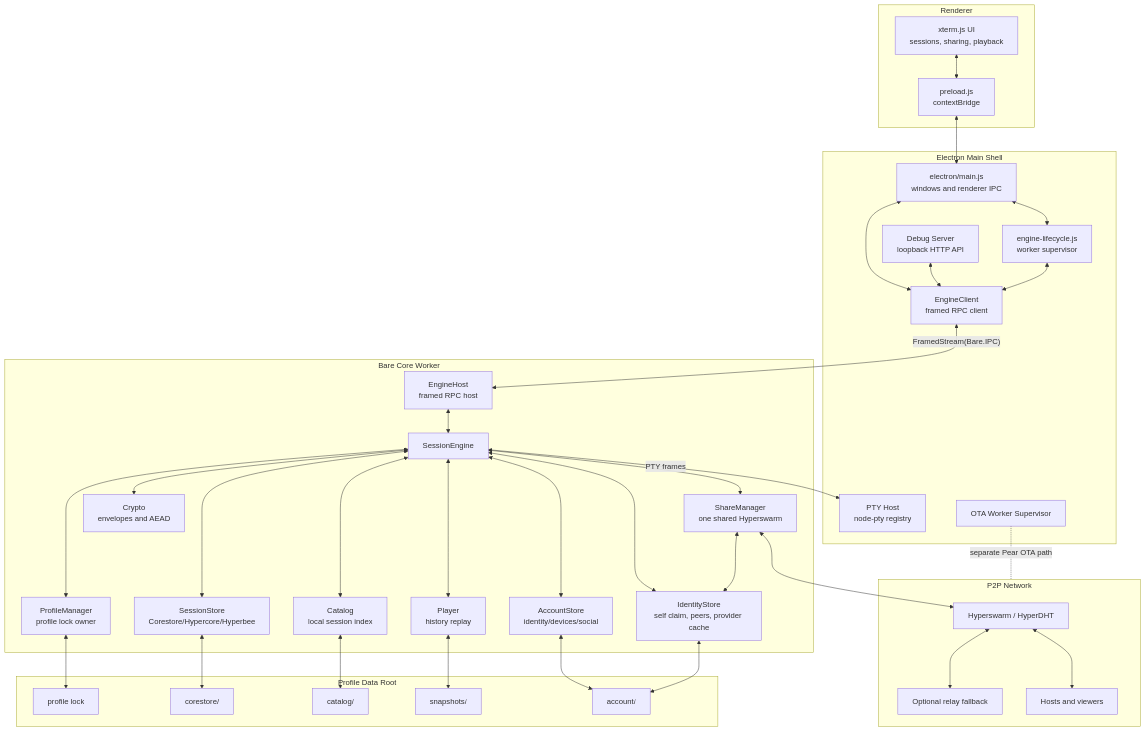
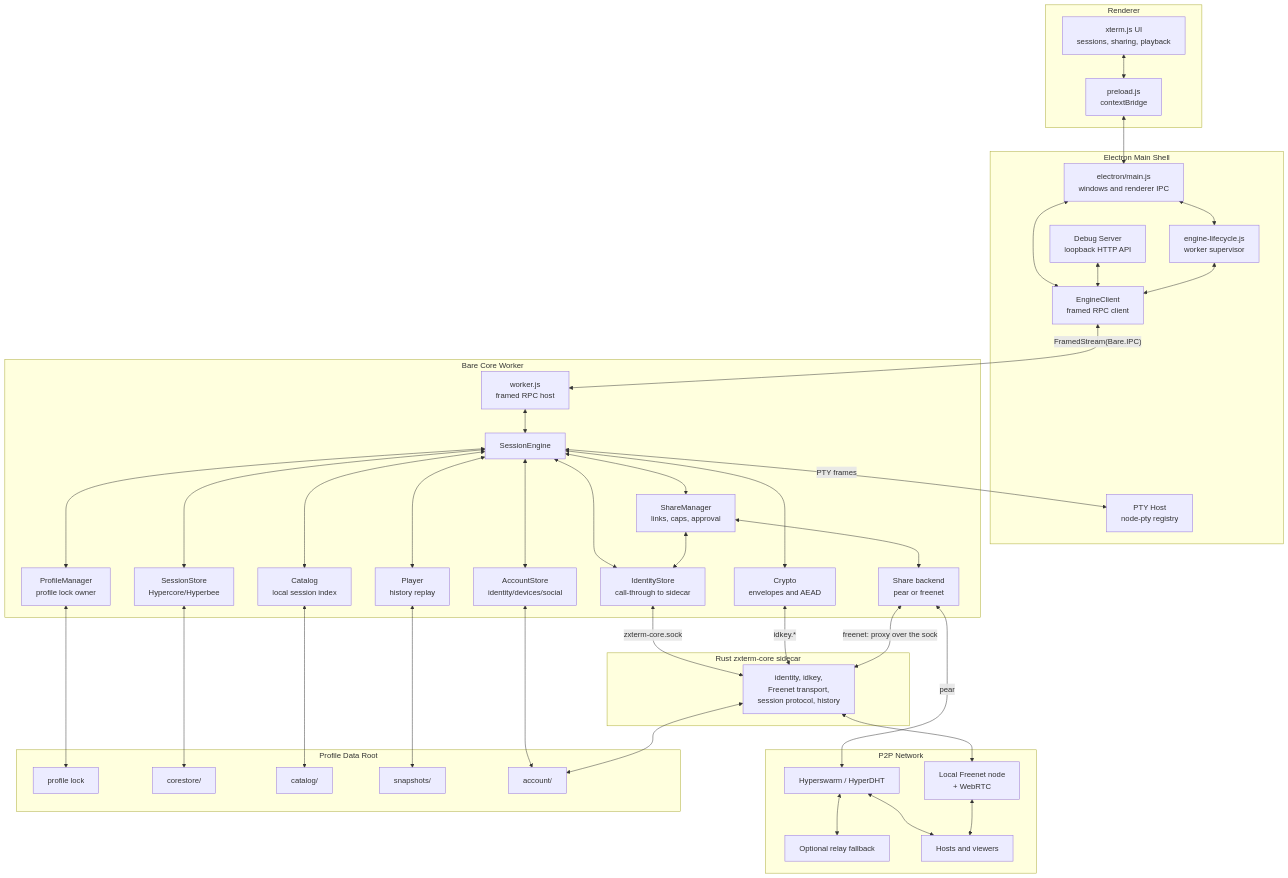
One commit to zevix/zbterm changed the first of 19 diagrams in docs/ARCHITECTURE.md. Above: the diagram before and after it, drawn with Mermaid. The commit also changed other lines of this file and 85 other files, not shown here.

````diff
--- a/docs/ARCHITECTURE.md
+++ b/docs/ARCHITECTURE.md
@@ -94,71 +129,81 @@
 ```mermaid
 flowchart TB
   subgraph R[Renderer]
     UI[xterm.js UI<br/>sessions, sharing, playback]
     Preload[preload.js<br/>contextBridge]
   end
 
   subgraph E[Electron Main Shell]
     Main[electron/main.js<br/>windows and renderer IPC]
     Lifecycle[engine-lifecycle.js<br/>worker supervisor]
     Client[EngineClient<br/>framed RPC client]
     PtyHost[PTY Host<br/>node-pty registry]
     Debug[Debug Server<br/>loopback HTTP API]
-    Updater[OTA Worker Supervisor]
   end
 
   subgraph W[Bare Core Worker]
-    Host[EngineHost<br/>framed RPC host]
+    Host[worker.js<br/>framed RPC host]
     Engine[SessionEngine]
     Profiles[ProfileManager<br/>profile lock owner]
     Account[AccountStore<br/>identity/devices/social]
-    Identity[IdentityStore<br/>self claim, peers, provider cache]
+    Identity[IdentityStore<br/>call-through to sidecar]
     Catalog[Catalog<br/>local session index]
-    Store[SessionStore<br/>Corestore/Hypercore/Hyperbee]
-    Share[ShareManager<br/>one shared Hyperswarm]
+    Store[SessionStore<br/>Hypercore/Hyperbee]
+    Share[ShareManager<br/>links, caps, approval]
+    Backend[Share backend<br/>pear or freenet]
     Player[Player<br/>history replay]
     Crypto[Crypto<br/>envelopes and AEAD]
+  end
+
+  subgraph X[Rust zxterm-core sidecar]
+    XCore[identity, idkey,<br/>Freenet transport,<br/>session protocol, history]
   end
 
   subgraph P2P[P2P Network]
     Swarm[Hyperswarm / HyperDHT]
     Relay[Optional relay fallback]
+    Freenet[Local Freenet node<br/>+ WebRTC]
     Peers[Hosts and viewers]
   end
 
   subgraph Disk[Profile Data Root]
     Lock[profile lock]
     Corestore[corestore/]
     CatalogDisk[catalog/]
     Snapshots[snapshots/]
     AccountDisk[account/]
   end
 
   UI <--> Preload <--> Main
   Main <--> Lifecycle
   Main <--> Client
   Debug <--> Client
   Lifecycle <--> Client
   Client <-- "FramedStream(Bare.IPC)" --> Host
   Host <--> Engine
   Engine <--> Profiles
   Engine <--> Account
   Engine <--> Identity
   Share <--> Identity
   Engine <--> Catalog
   Engine <--> Store
   Engine <--> Share
+  Share <--> Backend
   Engine <--> Player
   Engine <--> Crypto
   Engine <-- "PTY frames" --> PtyHost
-  Share <--> Swarm
+  Identity <-- "zxterm-core.sock" --> XCore
+  Crypto <-- "idkey.*" --> XCore
+  Backend <-- "pear" --> Swarm
+  Backend <-- "freenet: proxy over the sock" --> XCore
+  XCore <--> Freenet
   Swarm <--> Relay
   Swarm <--> Peers
+  Freenet <--> Peers
   Profiles <--> Lock
   Account <--> AccountDisk
-  Identity <--> AccountDisk
+  XCore <--> AccountDisk
   Catalog <--> CatalogDisk
   Store <--> Corestore
   Player <--> Snapshots
-  Updater -. separate Pear OTA path .- P2P
 ```
````
